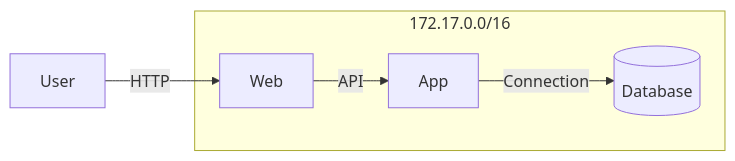
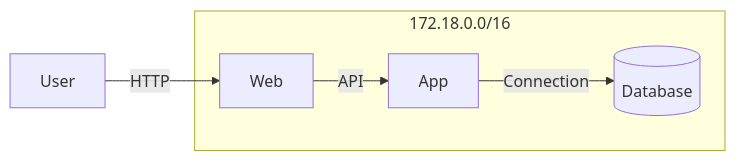
Before and after one commit to RicardolCarvalho/Plataformas: the first of 2 diagrams in docs/classes/containerization/main.md, drawn with Mermaid.

````diff
--- a/docs/classes/containerization/main.md
+++ b/docs/classes/containerization/main.md
@@ -95,11 +95,11 @@
 ``` mermaid
 flowchart LR
     user[User] -->|HTTP| web[Web]
-    subgraph myapp [172.17.0.0/16]
+    subgraph myapp [172.18.0.0/16]
         web[Web]
         app[App]
         db[(Database)]
     end
     web -->|API| app
     app -->|Connection| db
 ```
````
